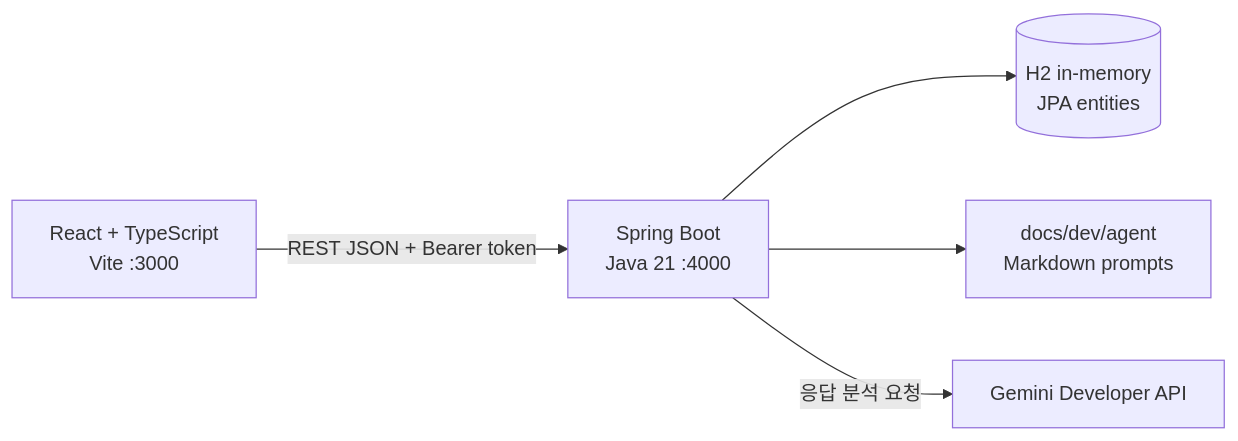
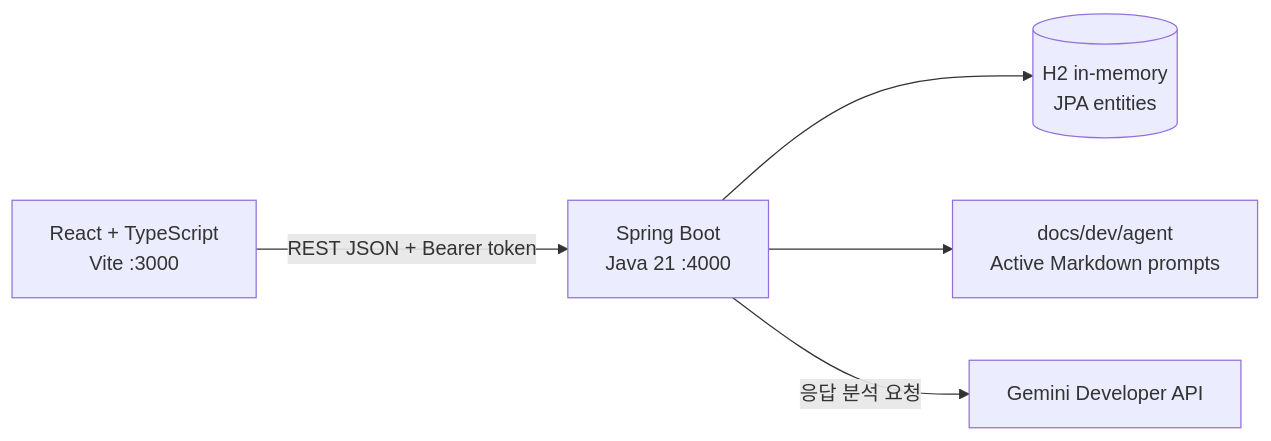
One commit to options0179/RE-DAY changed the diagram in docs/dev/SAD.md. Above: the diagram before and after it, drawn with Mermaid. The commit also changed other lines of this file and 17 other files, not shown here.

````diff
--- a/docs/dev/SAD.md
+++ b/docs/dev/SAD.md
@@ -11,13 +11,13 @@
 ```mermaid
 flowchart LR
   Browser[React + TypeScript<br/>Vite :3000]
   API[Spring Boot<br/>Java 21 :4000]
   DB[(H2 in-memory<br/>JPA entities)]
-  Prompt[docs/dev/agent<br/>Markdown prompts]
+  Prompt[docs/dev/agent<br/>Active Markdown prompts]
   Gemini[Gemini Developer API]
 
   Browser -->|REST JSON + Bearer token| API
   API --> DB
   API --> Prompt
   API -->|응답 분석 요청| Gemini
 ```
````
